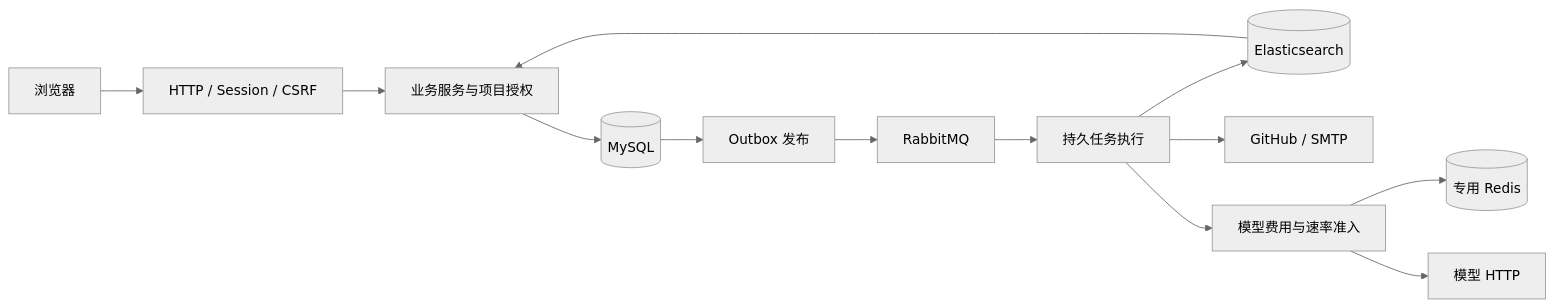
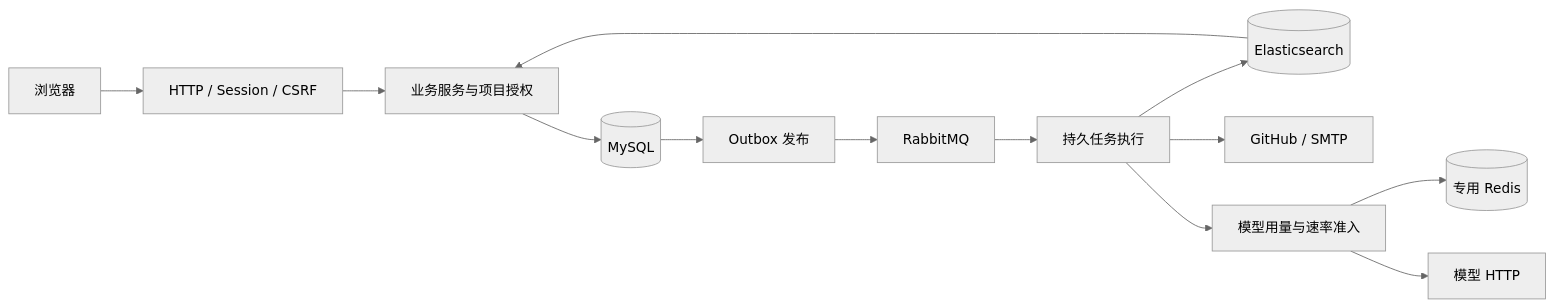
The diagram in docs/ARCHITECTURE.md (YeYan0829/workhub), drawn with Mermaid (neutral theme) before and after one commit. The commit also changed other lines of this file and 124 other files, not shown here.

````diff
--- a/docs/ARCHITECTURE.md
+++ b/docs/ARCHITECTURE.md
@@ -5,15 +5,15 @@
 ```mermaid
 flowchart LR
     UI[浏览器] --> API[HTTP / Session / CSRF]
     API --> B[业务服务与项目授权]
     B --> DB[(MySQL)]
     DB --> O[Outbox 发布]
     O --> MQ[RabbitMQ]
     MQ --> W[持久任务执行]
     W --> ES[(Elasticsearch)]
     W --> GH[GitHub / SMTP]
-    W --> G[模型费用与速率准入]
+    W --> G[模型用量与速率准入]
     G --> R[(专用 Redis)]
     G --> M[模型 HTTP]
     ES --> B
 ```
````
